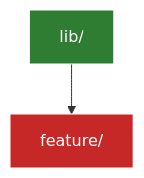
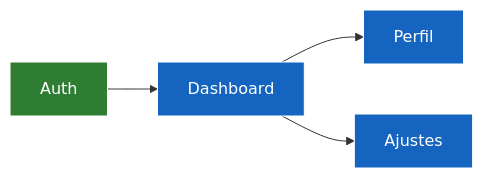
One commit to Agent-Rules-Ecosystem/backend-auth-oauth-agent-skill changed the diagram in templates/trackers/architecture.md. Above: the diagram before and after it, drawn with Mermaid. The commit also changed other lines of this file and 13 other files, not shown here.

````diff
--- a/templates/trackers/architecture.md
+++ b/templates/trackers/architecture.md
@@ -5,8 +5,9 @@
 ```mermaid
-graph TD
+graph LR
     classDef done fill:#2e7d32,stroke:#fff,color:#fff;
     classDef active fill:#1565c0,stroke:#fff,color:#fff;
-    classDef pending fill:#c62828,stroke:#fff,color:#fff;
-
-    root[lib/]:::done --> f1[feature/]:::pending
+    
+    auth[Auth]:::done --> dashboard[Dashboard]:::active
+    dashboard --> profile[Perfil]:::active
+    dashboard --> settings[Ajustes]:::active
 ```
````
